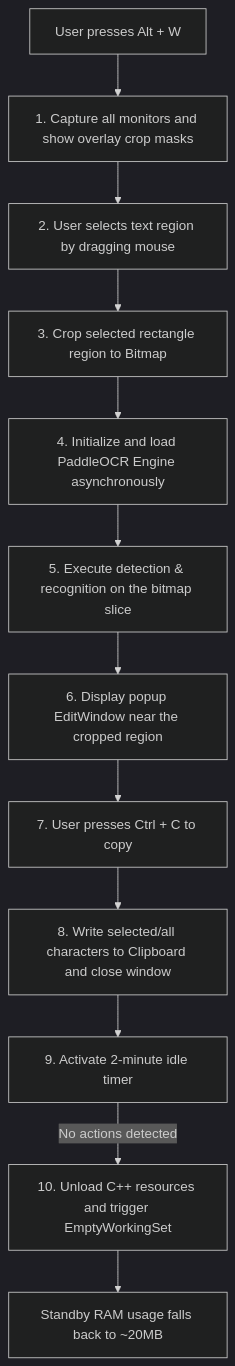
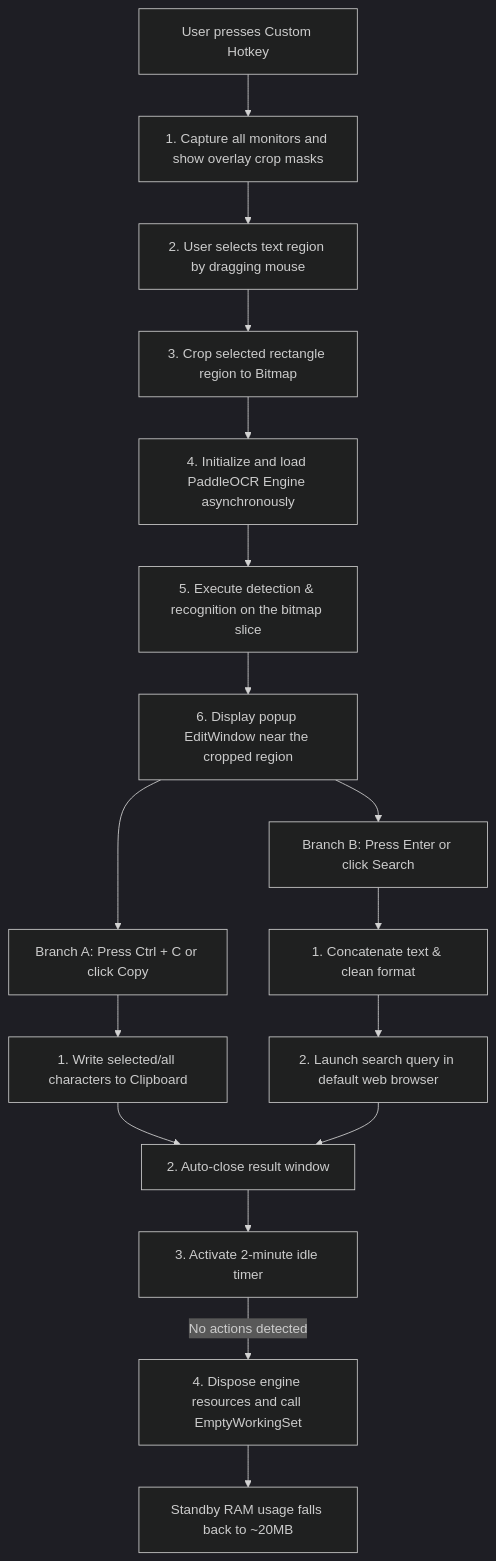
The diagram in README.en.md (Loecedas/SnapFind), drawn with Mermaid (dark theme) before and after one commit. The commit also changed 1 other file, not shown here.

Commit message:
feat: close result window on Ctrl+C and update README docs

````diff
--- a/README.en.md
+++ b/README.en.md
@@ -124,14 +124,22 @@
 ```mermaid
 graph TD
-    A[User presses Alt + W] --> B[1. Capture all monitors and show overlay crop masks]
+    A[User presses Custom Hotkey] --> B[1. Capture all monitors and show overlay crop masks]
     B --> C[2. User selects text region by dragging mouse]
     C --> D[3. Crop selected rectangle region to Bitmap]
     D --> E[4. Initialize and load PaddleOCR Engine asynchronously]
     E --> F[5. Execute detection & recognition on the bitmap slice]
     F --> G[6. Display popup EditWindow near the cropped region]
-    G --> H[7. User presses Ctrl + C to copy]
-    H --> I[8. Write selected/all characters to Clipboard and close window]
-    I --> J[9. Activate 2-minute idle timer]
-    J -- No actions detected --> K[10. Unload C++ resources and trigger EmptyWorkingSet]
+    
+    G --> H1[Branch A: Press Ctrl + C or click Copy]
+    H1 --> I1[1. Write selected/all characters to Clipboard]
+    I1 --> I2[2. Auto-close result window]
+    
+    G --> H2[Branch B: Press Enter or click Search]
+    H2 --> I3[1. Concatenate text & clean format]
+    I3 --> I4[2. Launch search query in default web browser]
+    I4 --> I2
+    
+    I2 --> J[3. Activate 2-minute idle timer]
+    J -- No actions detected --> K[4. Dispose engine resources and call EmptyWorkingSet]
     K --> L[Standby RAM usage falls back to ~20MB]
 ```
````
